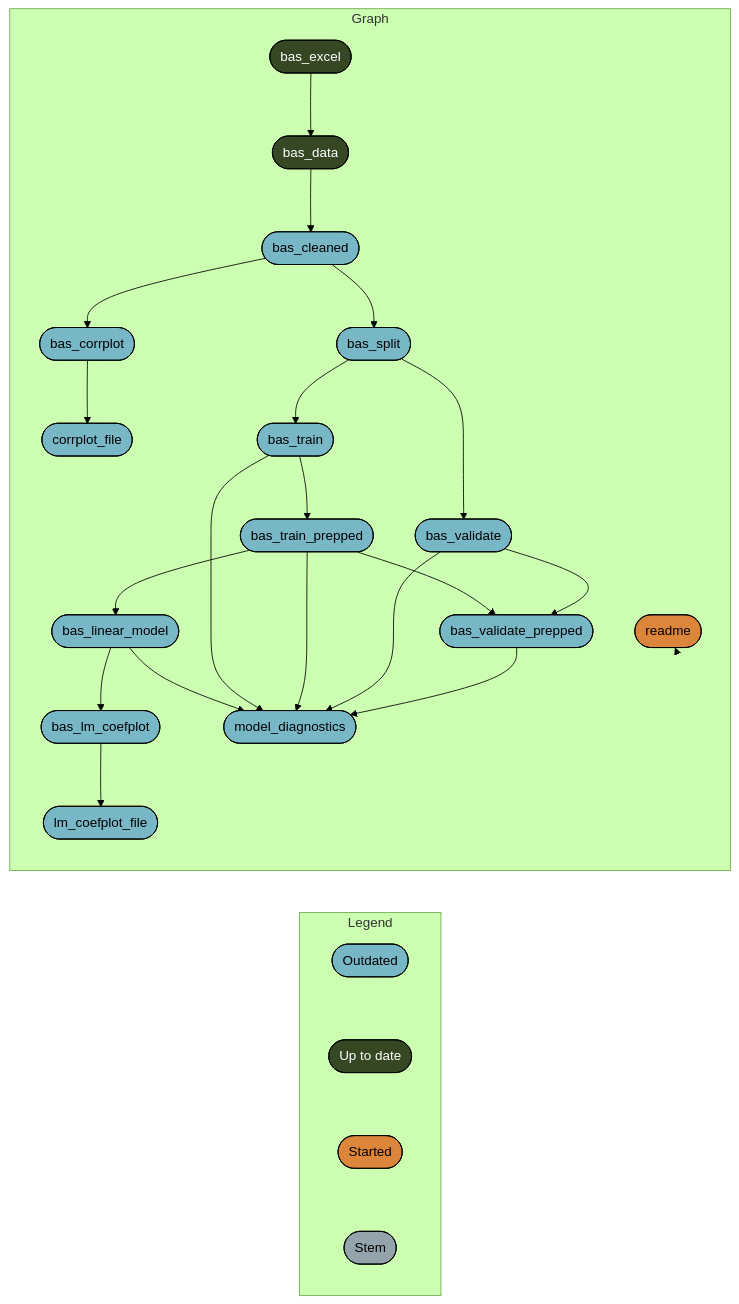
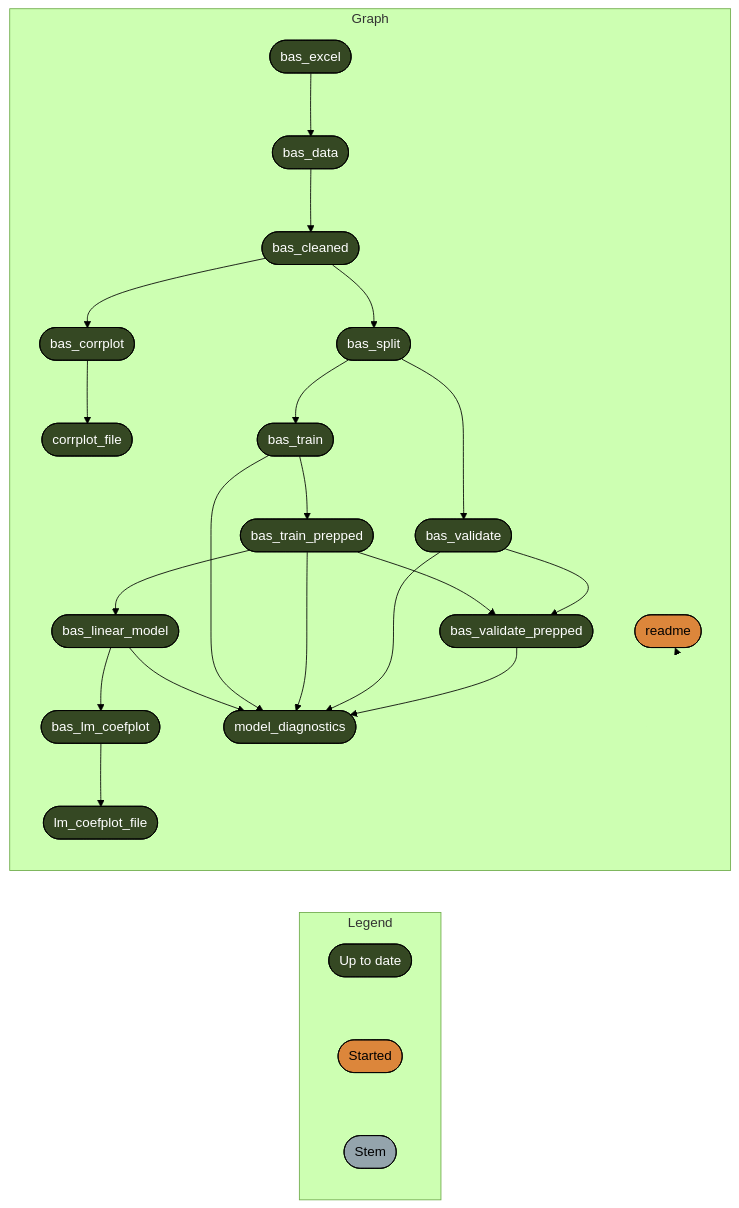
Before and after one commit to ecohealthalliance/mpx-diagnosis: the diagram in README.md, drawn with Mermaid (forest theme). The commit also changed 1 other file, not shown here.

````diff
--- a/README.md
+++ b/README.md
@@ -54,37 +54,34 @@
 ``` mermaid
 graph LR
   subgraph Legend
-    x0a52b03877696646([""Outdated""]):::outdated --- x7420bd9270f8d27d([""Up to date""]):::uptodate
     x7420bd9270f8d27d([""Up to date""]):::uptodate --- x5b3426b4c7fa7dbc([""Started""]):::started
     x5b3426b4c7fa7dbc([""Started""]):::started --- xbf4603d6c2c2ad6b([""Stem""]):::none
   end
   subgraph Graph
-    x608f26fc87c17c04(["bas_corrplot"]):::outdated --> xea144c390a1e3213(["corrplot_file"]):::outdated
-    xe22e80ea1c77ed8b(["bas_train_prepped"]):::outdated --> x12e75493b9005333(["bas_validate_prepped"]):::outdated
-    xc9200d108e1b2a66(["bas_validate"]):::outdated --> x12e75493b9005333(["bas_validate_prepped"]):::outdated
+    x608f26fc87c17c04(["bas_corrplot"]):::uptodate --> xea144c390a1e3213(["corrplot_file"]):::uptodate
+    xe22e80ea1c77ed8b(["bas_train_prepped"]):::uptodate --> x12e75493b9005333(["bas_validate_prepped"]):::uptodate
+    xc9200d108e1b2a66(["bas_validate"]):::uptodate --> x12e75493b9005333(["bas_validate_prepped"]):::uptodate
     x2a8bb2bae1240fcd(["bas_excel"]):::uptodate --> x4b217d550d08ada0(["bas_data"]):::uptodate
-    x3e4c5a69e5aaafdc(["bas_split"]):::outdated --> xc9200d108e1b2a66(["bas_validate"]):::outdated
-    x4b217d550d08ada0(["bas_data"]):::uptodate --> x1bf6c3824c366cb1(["bas_cleaned"]):::outdated
-    xdb35712610fbc604(["bas_linear_model"]):::outdated --> x79fe21176be90f97(["bas_lm_coefplot"]):::outdated
-    xb8aa5e15e9f1f7b2(["bas_train"]):::outdated --> xe22e80ea1c77ed8b(["bas_train_prepped"]):::outdated
-    x1bf6c3824c366cb1(["bas_cleaned"]):::outdated --> x3e4c5a69e5aaafdc(["bas_split"]):::outdated
-    x3e4c5a69e5aaafdc(["bas_split"]):::outdated --> xb8aa5e15e9f1f7b2(["bas_train"]):::outdated
-    xdb35712610fbc604(["bas_linear_model"]):::outdated --> x1e7dc8900c0252af(["model_diagnostics"]):::outdated
-    xb8aa5e15e9f1f7b2(["bas_train"]):::outdated --> x1e7dc8900c0252af(["model_diagnostics"]):::outdated
-    xe22e80ea1c77ed8b(["bas_train_prepped"]):::outdated --> x1e7dc8900c0252af(["model_diagnostics"]):::outdated
-    xc9200d108e1b2a66(["bas_validate"]):::outdated --> x1e7dc8900c0252af(["model_diagnostics"]):::outdated
-    x12e75493b9005333(["bas_validate_prepped"]):::outdated --> x1e7dc8900c0252af(["model_diagnostics"]):::outdated
-    x79fe21176be90f97(["bas_lm_coefplot"]):::outdated --> xf8bd9369e68bca9a(["lm_coefplot_file"]):::outdated
-    x1bf6c3824c366cb1(["bas_cleaned"]):::outdated --> x608f26fc87c17c04(["bas_corrplot"]):::outdated
-    xe22e80ea1c77ed8b(["bas_train_prepped"]):::outdated --> xdb35712610fbc604(["bas_linear_model"]):::outdated
+    x3e4c5a69e5aaafdc(["bas_split"]):::uptodate --> xc9200d108e1b2a66(["bas_validate"]):::uptodate
+    x4b217d550d08ada0(["bas_data"]):::uptodate --> x1bf6c3824c366cb1(["bas_cleaned"]):::uptodate
+    xdb35712610fbc604(["bas_linear_model"]):::uptodate --> x79fe21176be90f97(["bas_lm_coefplot"]):::uptodate
+    xb8aa5e15e9f1f7b2(["bas_train"]):::uptodate --> xe22e80ea1c77ed8b(["bas_train_prepped"]):::uptodate
+    x1bf6c3824c366cb1(["bas_cleaned"]):::uptodate --> x3e4c5a69e5aaafdc(["bas_split"]):::uptodate
+    x3e4c5a69e5aaafdc(["bas_split"]):::uptodate --> xb8aa5e15e9f1f7b2(["bas_train"]):::uptodate
+    xdb35712610fbc604(["bas_linear_model"]):::uptodate --> x1e7dc8900c0252af(["model_diagnostics"]):::uptodate
+    xb8aa5e15e9f1f7b2(["bas_train"]):::uptodate --> x1e7dc8900c0252af(["model_diagnostics"]):::uptodate
+    xe22e80ea1c77ed8b(["bas_train_prepped"]):::uptodate --> x1e7dc8900c0252af(["model_diagnostics"]):::uptodate
+    xc9200d108e1b2a66(["bas_validate"]):::uptodate --> x1e7dc8900c0252af(["model_diagnostics"]):::uptodate
+    x12e75493b9005333(["bas_validate_prepped"]):::uptodate --> x1e7dc8900c0252af(["model_diagnostics"]):::uptodate
+    x79fe21176be90f97(["bas_lm_coefplot"]):::uptodate --> xf8bd9369e68bca9a(["lm_coefplot_file"]):::uptodate
+    x1bf6c3824c366cb1(["bas_cleaned"]):::uptodate --> x608f26fc87c17c04(["bas_corrplot"]):::uptodate
+    xe22e80ea1c77ed8b(["bas_train_prepped"]):::uptodate --> xdb35712610fbc604(["bas_linear_model"]):::uptodate
     x6e52cb0f1668cc22(["readme"]):::started --> x6e52cb0f1668cc22(["readme"]):::started
   end
-  classDef outdated stroke:#000000,color:#000000,fill:#78B7C5;
   classDef uptodate stroke:#000000,color:#ffffff,fill:#354823;
   classDef started stroke:#000000,color:#000000,fill:#DC863B;
   classDef none stroke:#000000,color:#000000,fill:#94a4ac;
   linkStyle 0 stroke-width:0px;
   linkStyle 1 stroke-width:0px;
-  linkStyle 2 stroke-width:0px;
-  linkStyle 21 stroke-width:0px;
+  linkStyle 20 stroke-width:0px;
 ```
````
